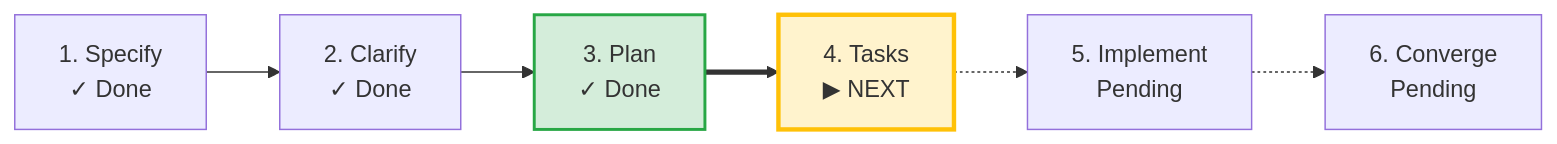
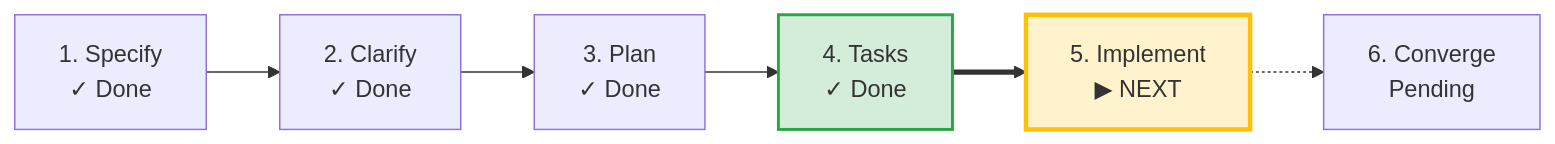
The diagram in specs/004-artifact-drift-mtime/lifecycle.md (k-electron/speckitplus), drawn with Mermaid before and after one commit. The commit also changed other lines of this file and 2 other files, not shown here.

Commit message:
docs(004): generate actionable tasks.md for artifact drift mtime fix (#3)

````diff
--- a/specs/004-artifact-drift-mtime/lifecycle.md
+++ b/specs/004-artifact-drift-mtime/lifecycle.md
@@ -67,10 +78,10 @@
 ```mermaid
 graph LR
     S["1. Specify<br/>✓ Done"] --> C["2. Clarify<br/>✓ Done"]
     C --> P["3. Plan<br/>✓ Done"]
-    P ==> T["4. Tasks<br/>▶ NEXT"]
-    T -.-> I["5. Implement<br/>Pending"]
+    P --> T["4. Tasks<br/>✓ Done"]
+    T ==> I["5. Implement<br/>▶ NEXT"]
     I -.-> V["6. Converge<br/>Pending"]
-    style P fill:#d4edda,stroke:#28a745,stroke-width:2px
-    style T fill:#fff3cd,stroke:#ffc107,stroke-width:3px
+    style T fill:#d4edda,stroke:#28a745,stroke-width:2px
+    style I fill:#fff3cd,stroke:#ffc107,stroke-width:3px
 ```
````
